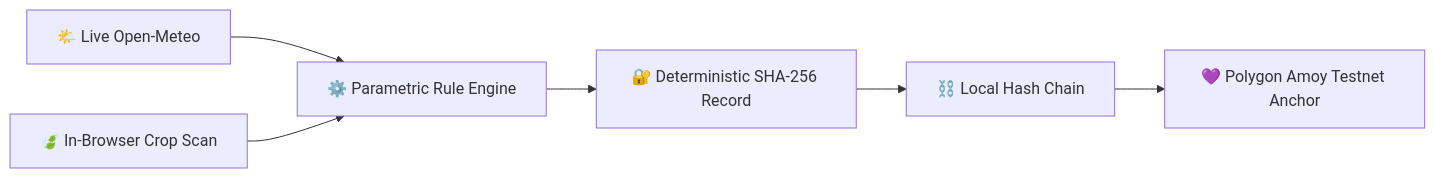
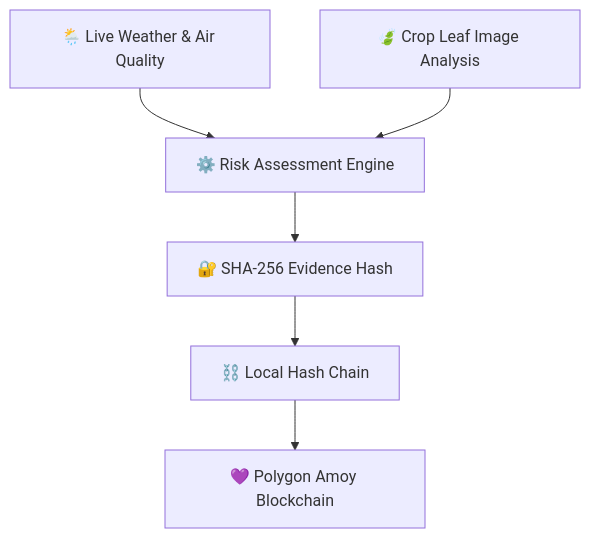
One commit to maria-aqdas/ClimateLedger changed the diagram in README.md. Above: the diagram before and after it, drawn with Mermaid. The commit also changed other lines of this file, not shown here.

````diff
--- a/README.md
+++ b/README.md
@@ -26,9 +51,8 @@
 ```mermaid
-graph LR
-    A[🌤️ Live Open-Meteo] --> C[⚙️ Parametric Rule Engine]
-    B[🍃 In-Browser Crop Scan] --> C
-    C --> D[🔐 Deterministic SHA-256 Record]
-    D --> E[⛓️ Local Hash Chain]
-    E --> F[💜 Polygon Amoy Testnet Anchor]
-
+graph TD
+    A["🌦️ Live Weather & Air Quality"] --> C["⚙️ Risk Assessment Engine"]
+    B["🍃 Crop Leaf Image Analysis"] --> C
+    C --> D["🔐 SHA-256 Evidence Hash"]
+    D --> E["⛓️ Local Hash Chain"]
+    E --> F["💜 Polygon Amoy Blockchain"]
 ```
````
